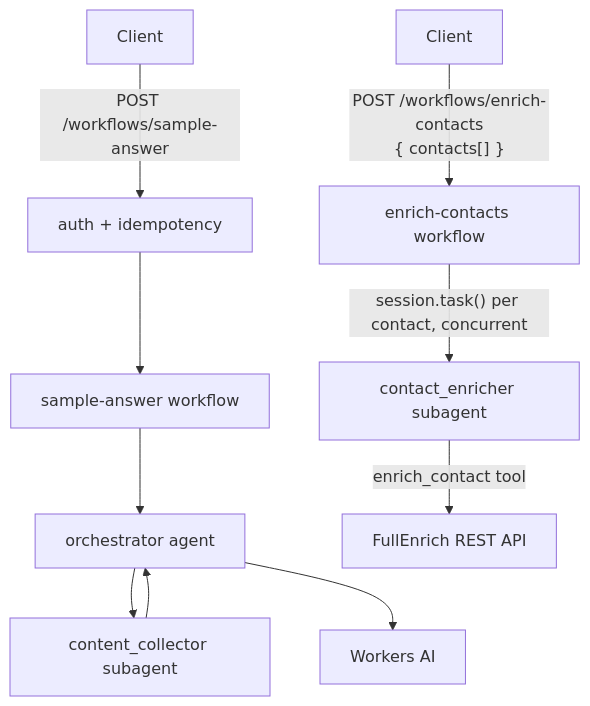
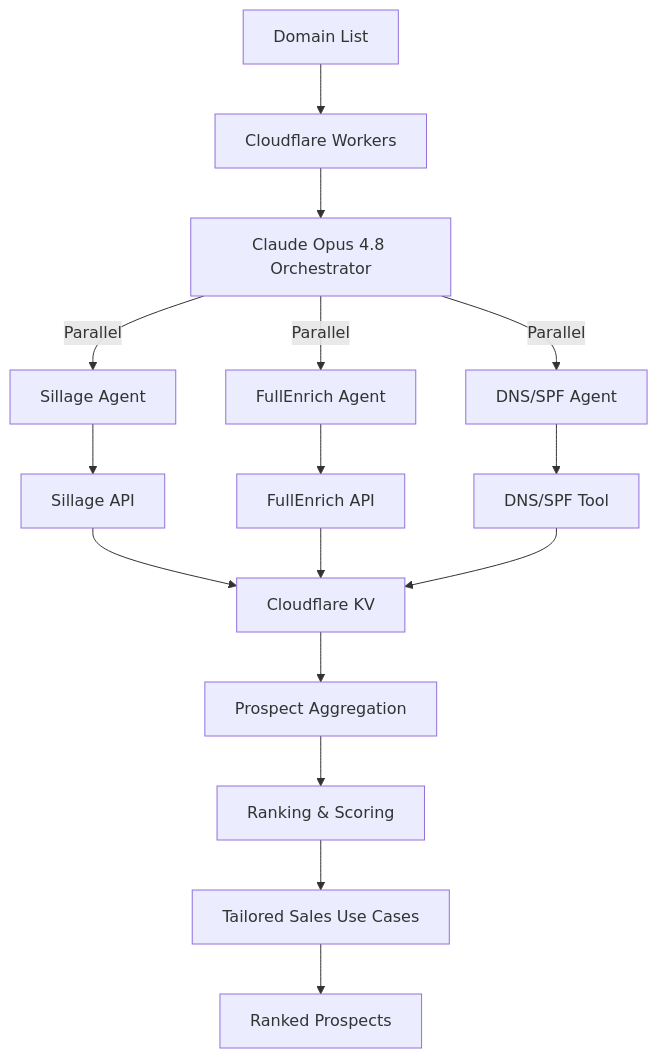
One commit to louisbrulenaudet/agentic-gtm-hackathon-monorepo changed the diagram in apps/worker-agent/README.md. Above: the diagram before and after it, drawn with Mermaid. The commit also changed other lines of this file and 39 other files, not shown here.

First line of the commit message:
feat(front-app): enhance flow graph functionality and testing

````diff
--- a/apps/worker-agent/README.md
+++ b/apps/worker-agent/README.md
@@ -11,13 +13,22 @@
 ```mermaid
 flowchart TD
-  Client[Client] -->|"POST /workflows/sample-answer"| Guard[auth + idempotency]
-  Guard --> Wf[sample-answer workflow]
-  Wf --> Orch[orchestrator agent]
-  Orch --> Collector[content_collector subagent]
-  Collector --> Orch
-  Orch --> AI[Workers AI]
+  A[Domain List] --> B[Cloudflare Workers]
+  B --> C[Claude Opus 4.8 Orchestrator]
 
-  Client2[Client] -->|"POST /workflows/enrich-contacts<br/>{ contacts[] }"| WfE[enrich-contacts workflow]
-  WfE -->|"session.task() per contact, concurrent"| Enricher[contact_enricher subagent]
-  Enricher -->|enrich_contact tool| FE[FullEnrich REST API]
+  C -->|Parallel| D1[Sillage Agent]
+  C -->|Parallel| D2[FullEnrich Agent]
+  C -->|Parallel| D3[DNS/SPF Agent]
+
+  D1 --> E1[Sillage API]
+  D2 --> E2[FullEnrich API]
+  D3 --> E3[DNS/SPF Tool]
+
+  E1 --> F[Cloudflare KV]
+  E2 --> F
+  E3 --> F
+
+  F --> G[Prospect Aggregation]
+  G --> H[Ranking & Scoring]
+  H --> I[Tailored Sales Use Cases]
+  I --> J[Ranked Prospects]
 ```
````
